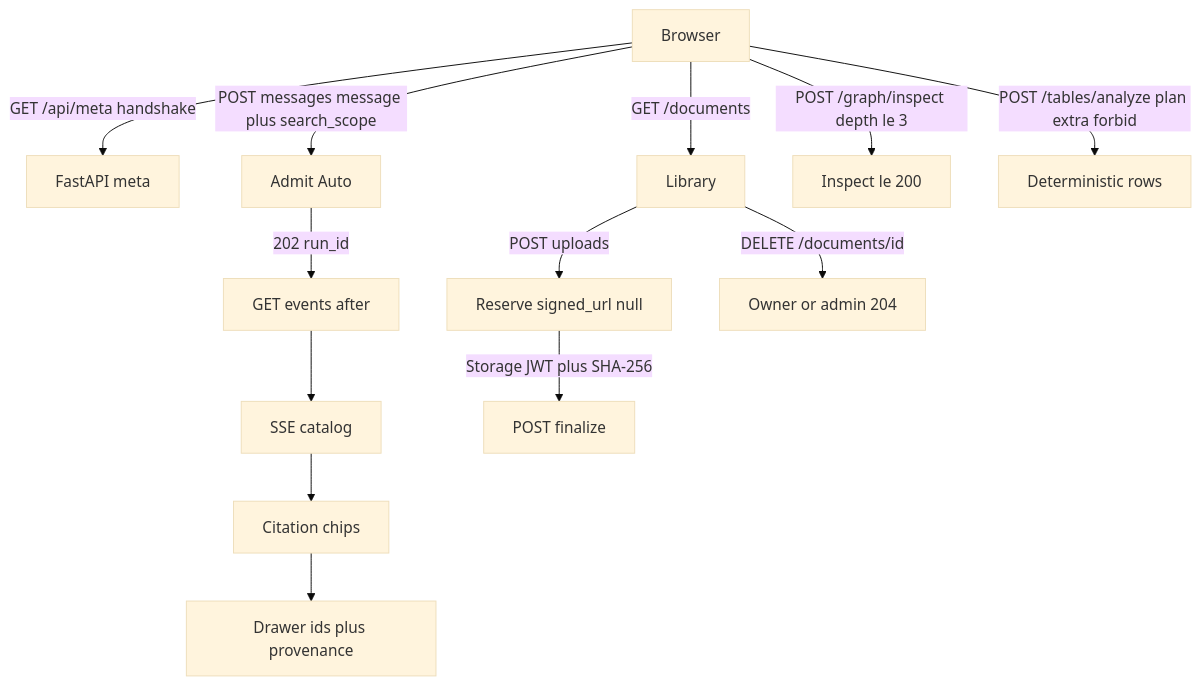
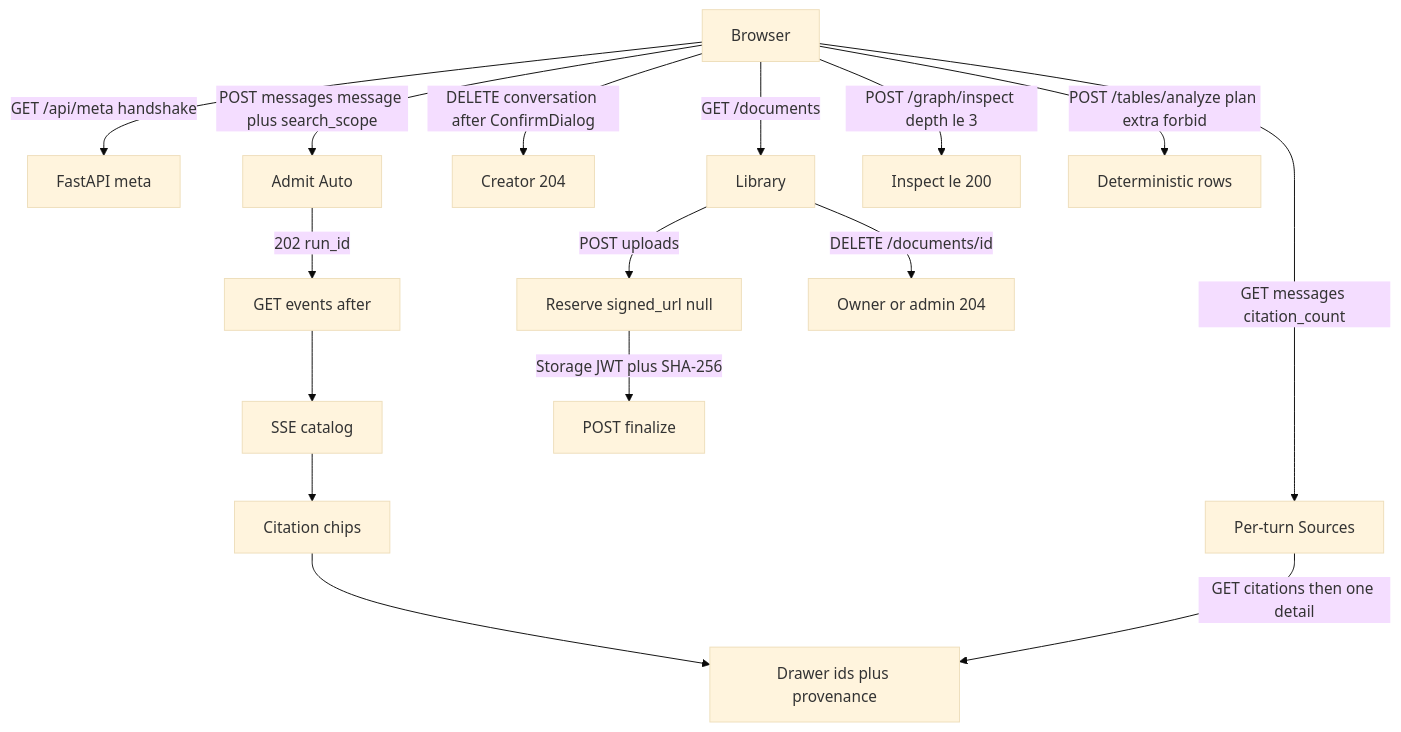
One commit to Nagdy8888/smart-rag changed the diagram in docs/frontend/CORE_RAG_SURFACES.md. Above: the diagram before and after it, drawn with Mermaid (base theme). The commit also changed other lines of this file and 29 other files, not shown here.

First line of the commit message:
fix(frontend): restore citations feedback and delete safety

````diff
--- a/docs/frontend/CORE_RAG_SURFACES.md
+++ b/docs/frontend/CORE_RAG_SURFACES.md
@@ -58,16 +58,19 @@
 ```mermaid
 flowchart TD
   browser[Browser]
   browser -->|GET /api/meta handshake| meta[FastAPI meta]
   browser -->|POST messages message plus search_scope| admit[Admit Auto]
   admit -->|202 run_id| resume[GET events after]
   resume --> catalog[SSE catalog]
   catalog --> chips[Citation chips]
   chips --> drawer[Drawer ids plus provenance]
+  browser -->|GET messages citation_count| restore[Per-turn Sources]
+  restore -->|GET citations then one detail| drawer
+  browser -->|DELETE conversation after ConfirmDialog| tombstoneConv[Creator 204]
   browser -->|GET /documents| library[Library]
   library -->|POST uploads| reserve[Reserve signed_url null]
   reserve -->|Storage JWT plus SHA-256| finalize[POST finalize]
   library -->|DELETE /documents/id| tombstone[Owner or admin 204]
   browser -->|POST /graph/inspect depth le 3| inspect[Inspect le 200]
   browser -->|POST /tables/analyze plan extra forbid| table[Deterministic rows]
 ```
````
